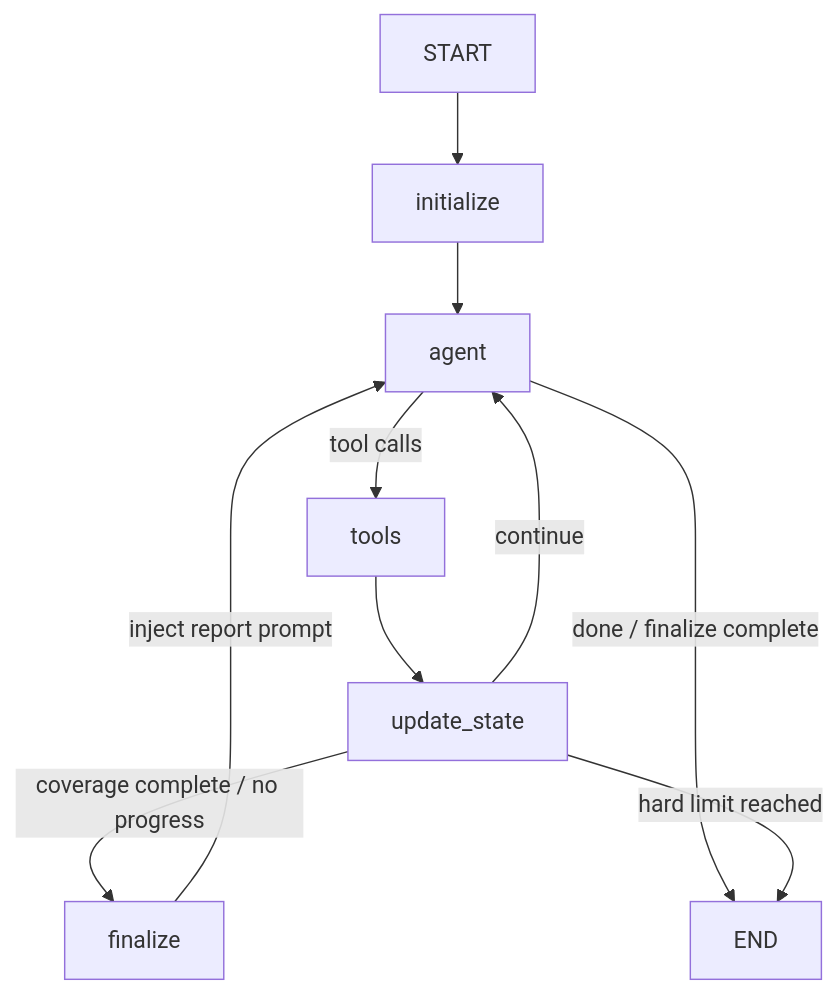
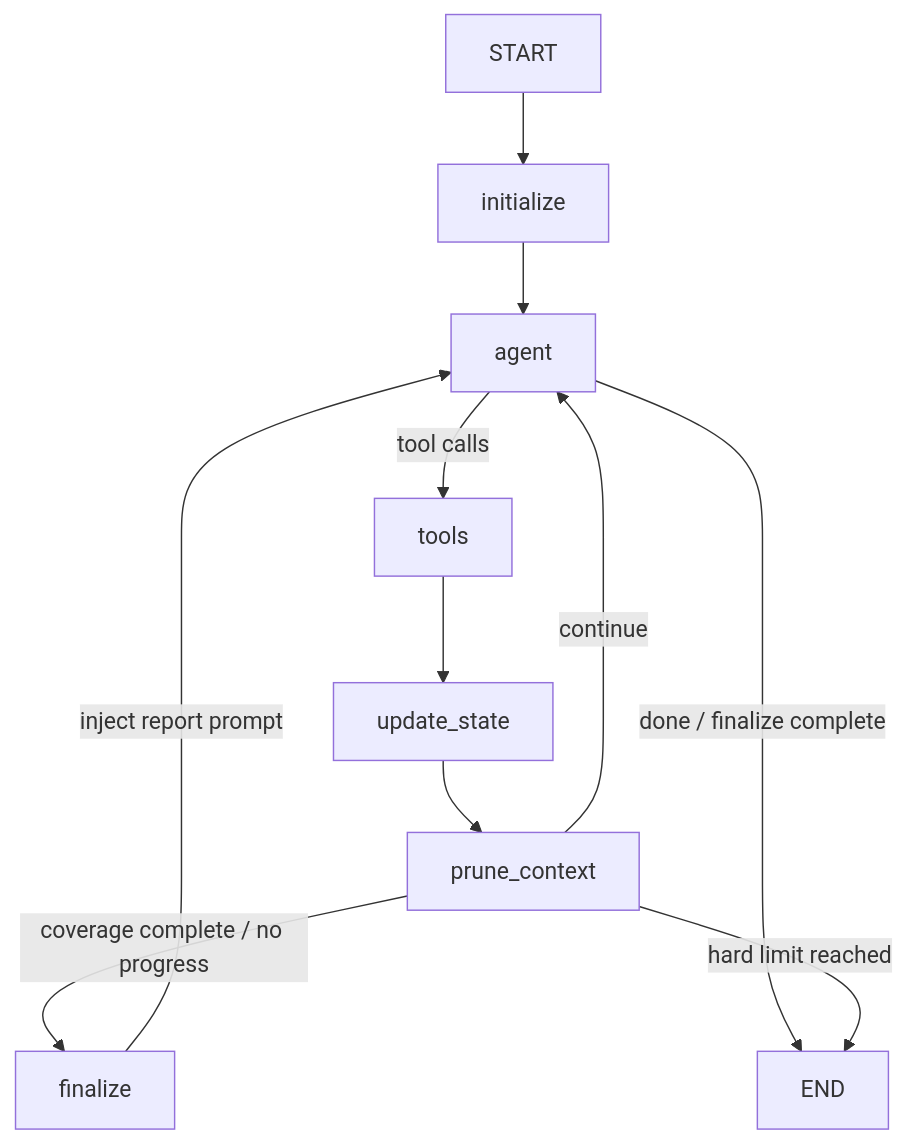
The third of 8 diagrams in docs/ARCH.md (advent-lab/llm-verif), drawn with Mermaid before and after one commit. The commit also changed other lines of this file and 3 other files, not shown here.

````diff
--- a/docs/ARCH.md
+++ b/docs/ARCH.md
@@ -707,12 +725,13 @@
 ```mermaid
 graph TD
     START --> initialize
     initialize --> agent
     agent -->|tool calls| tools
     agent -->|done / finalize complete| END
     tools --> update_state
-    update_state -->|continue| agent
-    update_state -->|coverage complete / no progress| finalize
-    update_state -->|hard limit reached| END
+    update_state --> prune_context
+    prune_context -->|continue| agent
+    prune_context -->|coverage complete / no progress| finalize
+    prune_context -->|hard limit reached| END
     finalize -->|inject report prompt| agent
 ```
````
